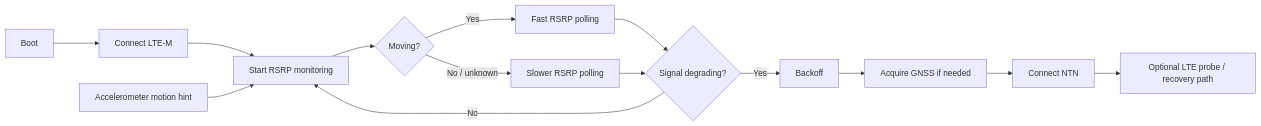
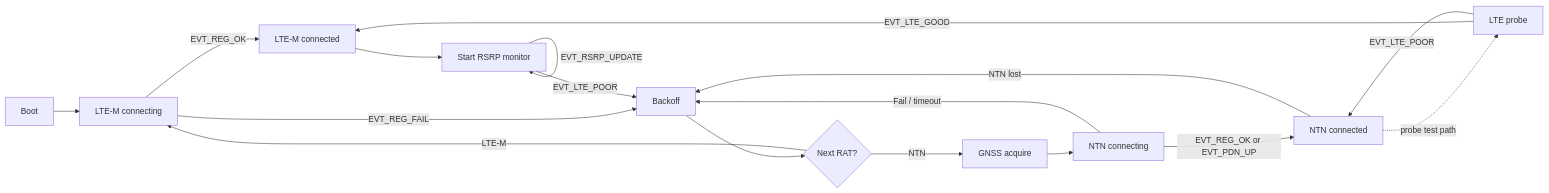
The diagram in README.md (Prosjekt-gruppe/IES2608-NordicSemiconductor), drawn with Mermaid before and after one commit. The commit also changed other lines of this file and 1 other file, not shown here.

````diff
--- a/README.md
+++ b/README.md
@@ -51,16 +51,19 @@
 ```mermaid
 flowchart LR
-    A["Boot"] --> B["Connect LTE-M"]
-    B --> C["Start RSRP monitoring"]
-    D["Accelerometer motion hint"] --> C
-    C --> E{"Moving?"}
-    E -->|Yes| F["Fast RSRP polling"]
-    E -->|No / unknown| G["Slower RSRP polling"]
-    F --> H{"Signal degrading?"}
-    G --> H
-    H -->|No| C
-    H -->|Yes| I["Backoff"]
-    I --> J["Acquire GNSS if needed"]
-    J --> K["Connect NTN"]
-    K --> L["Optional LTE probe / recovery path"]
+    A["Boot"] --> B["LTE-M connecting"]
+    B -->|EVT_REG_OK| C["LTE-M connected"]
+    B -->|EVT_REG_FAIL| D["Backoff"]
+    C --> E["Start RSRP monitor"]
+    E -->|EVT_RSRP_UPDATE| E
+    E -->|EVT_LTE_POOR| D
+    D --> F{"Next RAT?"}
+    F -->|LTE-M| B
+    F -->|NTN| G["GNSS acquire"]
+    G --> H["NTN connecting"]
+    H -->|EVT_REG_OK or EVT_PDN_UP| I["NTN connected"]
+    H -->|Fail / timeout| D
+    I -->|NTN lost| D
+    I -. "probe test path" .-> J["LTE probe"]
+    J -->|EVT_LTE_GOOD| C
+    J -->|EVT_LTE_POOR| I
 ```
````
